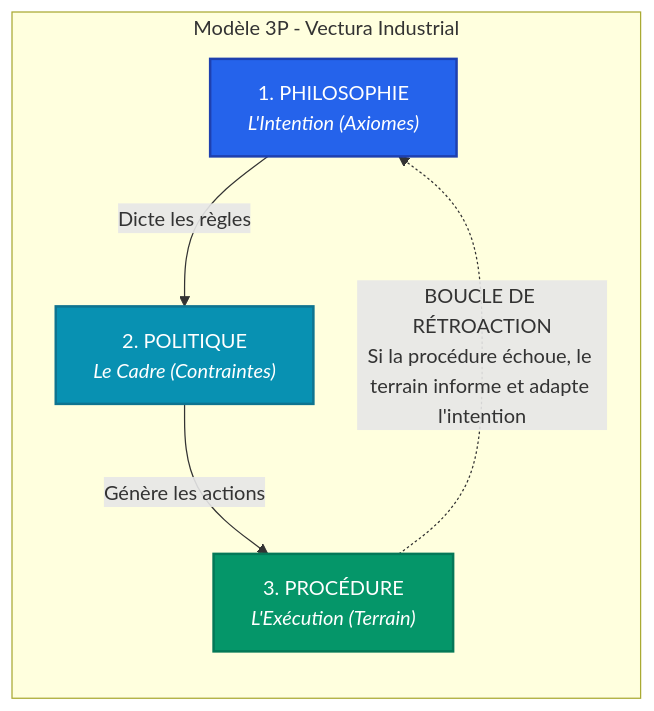
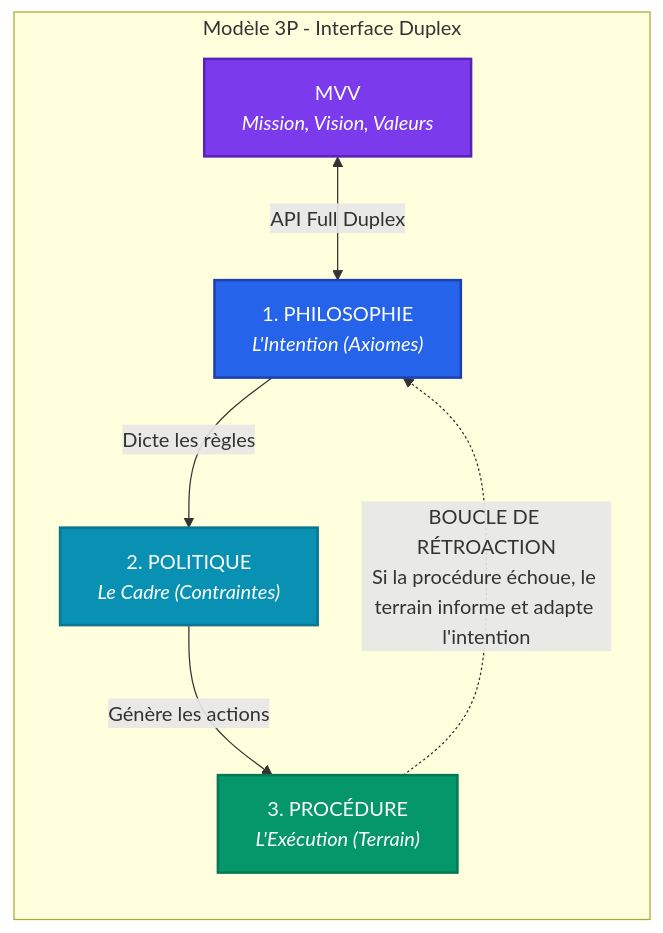
Before and after one commit to funnyfisherman/3p_manifesto_Vectura_industrial: the first of 2 diagrams in README.md, drawn with Mermaid. The commit also changed other lines of this file, not shown here.

Commit message:
Update diagrams: add MVV with full duplex link in 3P, dotted optional link in 2P

````diff
--- a/README.md
+++ b/README.md
@@ -78,13 +78,15 @@
 ```mermaid
 flowchart TD
-    subgraph "Modèle 3P - Vectura Industrial"
+    subgraph "Modèle 3P - Interface Duplex"
     direction TB
-    P1["1. PHILOSOPHIE<br/><i>L'Intention (Axiomes)</i>"] -->|"Dicte les règles"| P2["2. POLITIQUE<br/><i>Le Cadre (Contraintes)</i>"]
+    MVV["MVV<br/><i>Mission, Vision, Valeurs</i>"] <-->|"API Full Duplex"| P1["1. PHILOSOPHIE<br/><i>L'Intention (Axiomes)</i>"]
+    P1 -->|"Dicte les règles"| P2["2. POLITIQUE<br/><i>Le Cadre (Contraintes)</i>"]
     P2 -->|"Génère les actions"| P3["3. PROCÉDURE<br/><i>L'Exécution (Terrain)</i>"]
     P3 -.->|"BOUCLE DE RÉTROACTION<br/>Si la procédure échoue, le terrain informe et adapte l'intention"| P1
     end
     
+    style MVV fill:#7c3aed,stroke:#5b21b6,stroke-width:2px,color:#fff
     style P1 fill:#2563eb,stroke:#1e40af,stroke-width:2px,color:#fff
     style P2 fill:#0891b2,stroke:#0e7490,stroke-width:2px,color:#fff
     style P3 fill:#059669,stroke:#047857,stroke-width:2px,color:#fff
 ```
````
